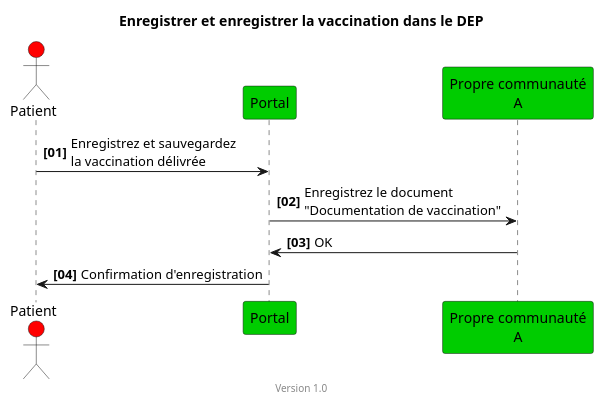
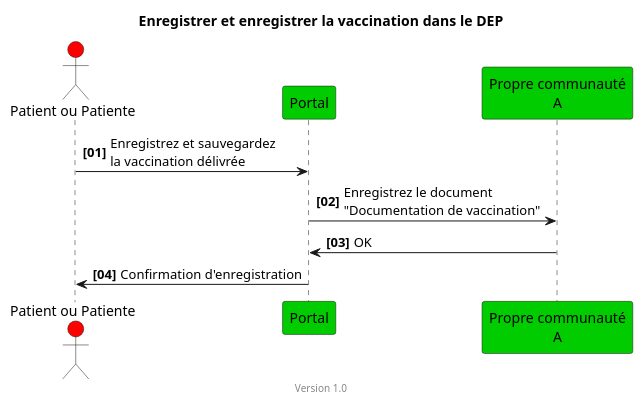
The diagram in input/images-source/epd-immunizationadmin-vaccination-doc-simple-patient-fr.plantuml (hl7ch/ch-vacd), drawn with PlantUML before and after one commit. The commit also changed 7 other files, not shown here.

Commit message:
genderize the patient entries in the diagrams. add missing diagrams into pages (#390)

```diff
--- a/input/images-source/epd-immunizationadmin-vaccination-doc-simple-patient-fr.plantuml
+++ b/input/images-source/epd-immunizationadmin-vaccination-doc-simple-patient-fr.plantuml
@@ -1,18 +1,18 @@
 @startuml
 title Enregistrer et enregistrer la vaccination dans le DEP
 footer Version 1.0
 skinparam responseMessageBelowArrow true
 scale max 800 width
 
-actor Patient #red
+actor "Patient ou Patiente" as pat #red
 participant "Portal" #00CC00
 participant "Propre communauté\nA" #00CC00
 
 autonumber "<b>[00]"
-Patient -> "Portal": Enregistrez et sauvegardez\nla vaccination délivrée
+pat -> "Portal": Enregistrez et sauvegardez\nla vaccination délivrée
 "Portal" -> "Propre communauté\nA": Enregistrez le document\n"Documentation de vaccination"
 "Propre communauté\nA" -> "Portal": OK
 
-"Portal" -> Patient: Confirmation d'enregistration
+"Portal" -> pat: Confirmation d'enregistration
 
 @enduml
```
